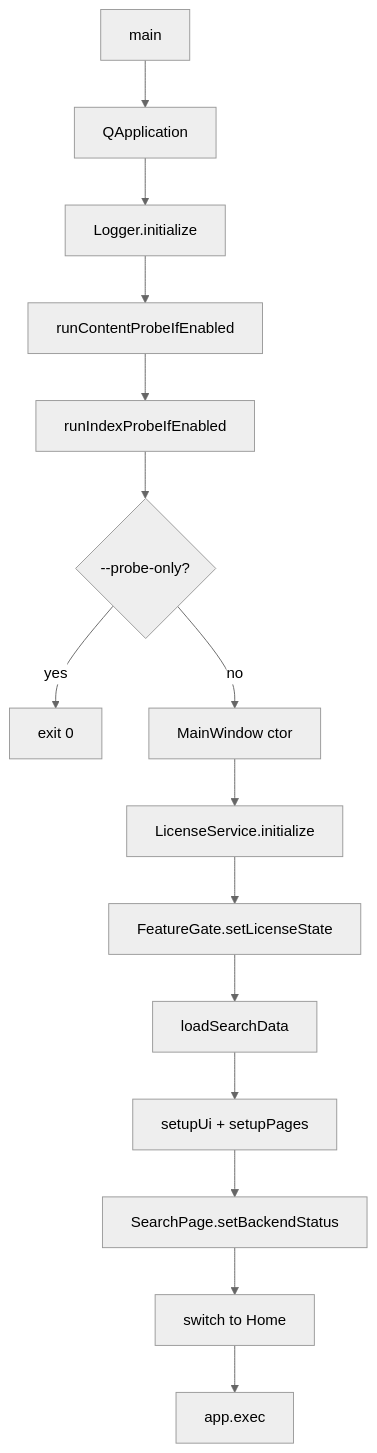
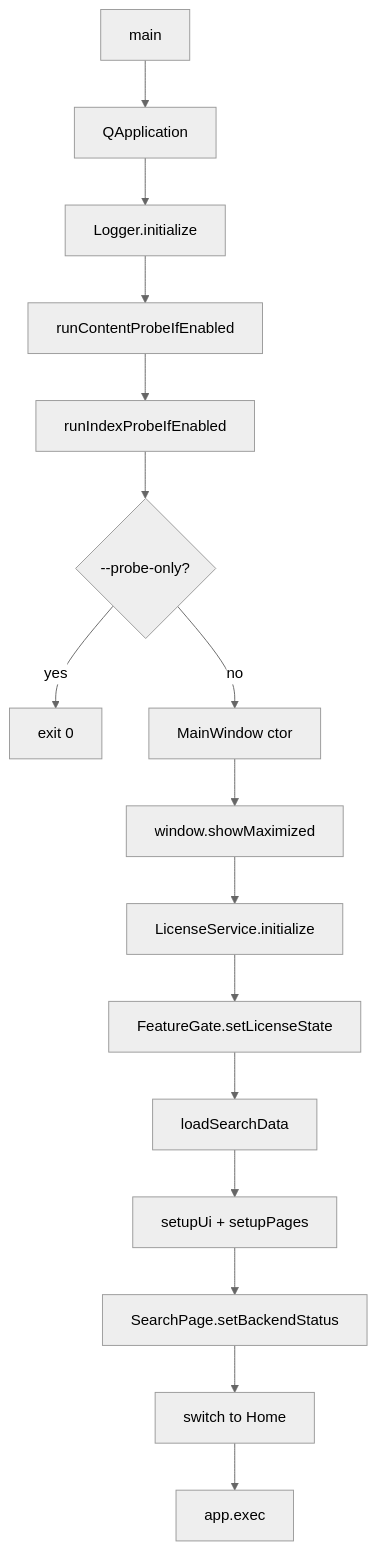
The second of 2 diagrams in docs/system_architecture.md (yfchenggithub/math_search_win), drawn with Mermaid (neutral theme) before and after one commit. The commit also changed other lines of this file and 13 other files, not shown here.

````diff
--- a/docs/system_architecture.md
+++ b/docs/system_architecture.md
@@ -207,17 +210,18 @@
 ```mermaid
 flowchart TD
   A[main] --> B[QApplication]
   B --> C[Logger.initialize]
   C --> D[runContentProbeIfEnabled]
   D --> E[runIndexProbeIfEnabled]
   E --> F{--probe-only?}
   F -- yes --> G[exit 0]
   F -- no --> H[MainWindow ctor]
-  H --> I[LicenseService.initialize]
-  I --> J[FeatureGate.setLicenseState]
-  J --> K[loadSearchData]
-  K --> L[setupUi + setupPages]
-  L --> M[SearchPage.setBackendStatus]
-  M --> N[switch to Home]
-  N --> O[app.exec]
+  H --> I[window.showMaximized]
+  I --> J[LicenseService.initialize]
+  J --> K[FeatureGate.setLicenseState]
+  K --> L[loadSearchData]
+  L --> M[setupUi + setupPages]
+  M --> N[SearchPage.setBackendStatus]
+  N --> O[switch to Home]
+  O --> P[app.exec]
 ```
````
